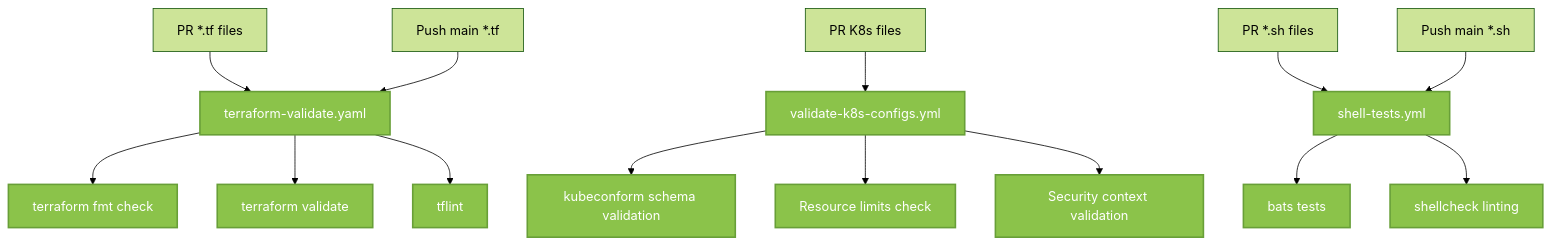
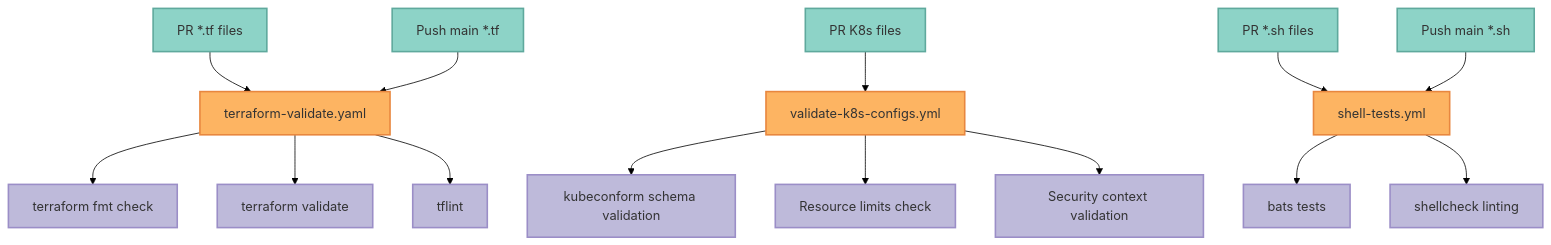
One commit to vishnu2kmohan/mcp-server-langgraph changed the eighth of 12 diagrams in docs/development/workflow-diagram.mdx. Above: the diagram before and after it, drawn with Mermaid (forest theme). The commit also changed other lines of this file and 201 other files, not shown here.

````diff
--- a/docs/development/workflow-diagram.mdx
+++ b/docs/development/workflow-diagram.mdx
@@ -348,27 +392,33 @@
 ```mermaid
-graph TD
+%% ColorBrewer2 Set3 palette - each component type uniquely colored
+flowchart TD
     %% Terraform Validation
     PRTF[PR *.tf files] --> TFV[terraform-validate.yaml]
     PushTF[Push main *.tf] --> TFV
 
     TFV --> TFmt[terraform fmt check]
     TFV --> TVal[terraform validate]
     TFV --> TFLint[tflint]
 
     %% K8s Config Validation
     PRK8sConf[PR K8s files] --> K8sCV[validate-k8s-configs.yml]
     K8sCV --> Kubeconf[kubeconform schema validation]
     K8sCV --> Resources[Resource limits check]
     K8sCV --> SecCtx[Security context validation]
 
     %% Shell Tests
     PRShell[PR *.sh files] --> ShellT[shell-tests.yml]
     PushShell[Push main *.sh] --> ShellT
     ShellT --> Bats[bats tests]
     ShellT --> ShellCheck[shellcheck linting]
 
-    %% Styling
-    classDef infraFlow fill:#8BC34A,stroke:#689F38,stroke-width:2px,color:#fff
+    %% ColorBrewer Set3 Styling
+    classDef clientStyle fill:#8dd3c7,stroke:#5fa99d,stroke-width:2px,color:#333
+    classDef validationStyle fill:#fdb462,stroke:#e8873f,stroke-width:2px,color:#333
+    classDef serviceStyle fill:#bebada,stroke:#9b8ec7,stroke-width:2px,color:#333
+    classDef successStyle fill:#b3de69,stroke:#97c24f,stroke-width:2px,color:#333
 
-    class TFV,TFmt,TVal,TFLint,K8sCV,Kubeconf,Resources,SecCtx,ShellT,Bats,ShellCheck infraFlow
+    class PRTF,PushTF,PRK8sConf,PRShell,PushShell clientStyle
+    class TFV,K8sCV,ShellT validationStyle
+    class TFmt,TVal,TFLint,Kubeconf,Resources,SecCtx,Bats,ShellCheck serviceStyle
 ```
````
